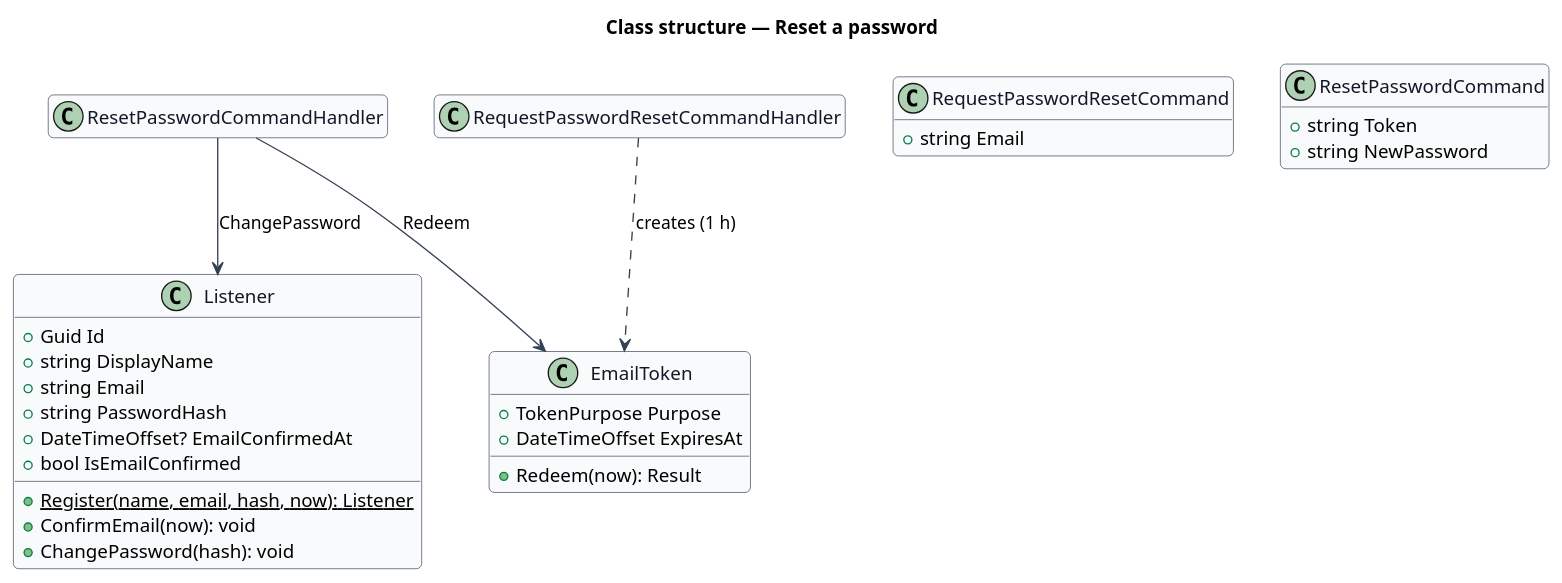
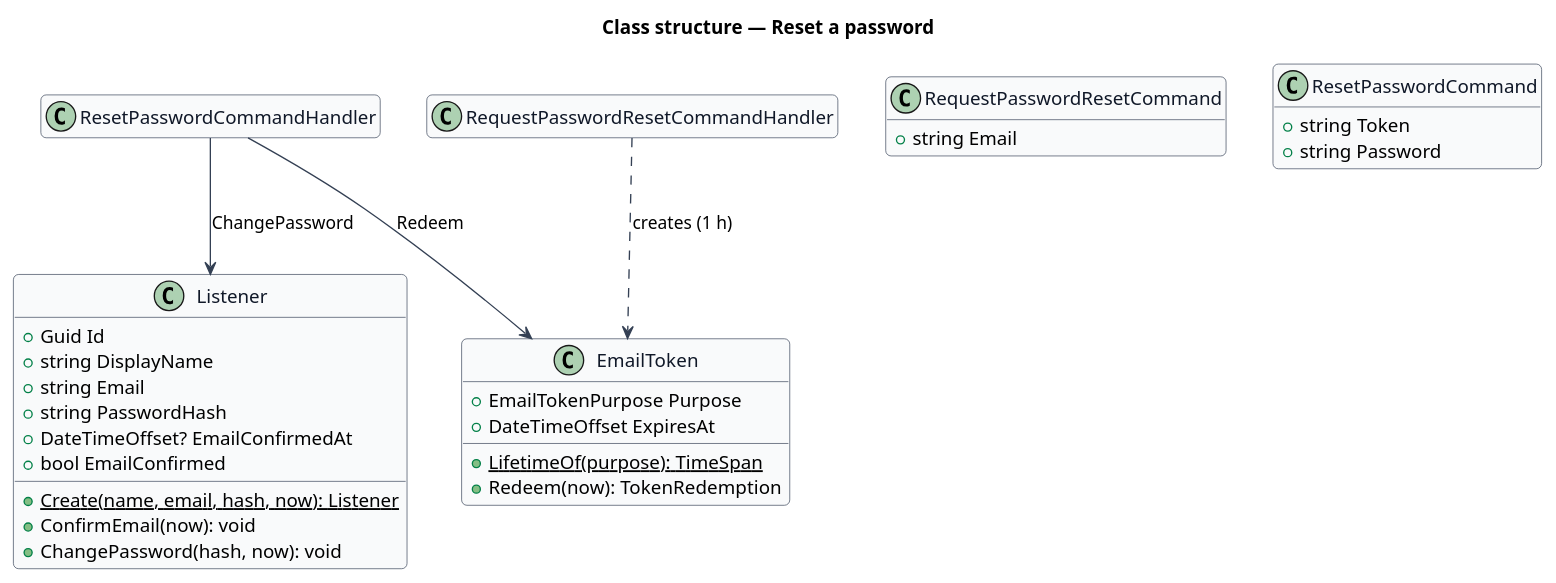
Before and after one commit to QuinntyneBrown/hummi: the diagram in docs/detailed-designs/accounts/reset-password/diagrams/class-structure.puml, drawn with PlantUML. The commit also changed 36 other files, not shown here.

```diff
--- a/docs/detailed-designs/accounts/reset-password/diagrams/class-structure.puml
+++ b/docs/detailed-designs/accounts/reset-password/diagrams/class-structure.puml
@@ -1,42 +1,43 @@
 @startuml
 skinparam backgroundColor #FFFFFF
 skinparam shadowing false
 skinparam roundcorner 8
 skinparam defaultFontName Arial
 skinparam ArrowColor #344054
 skinparam class {
   BorderColor #344054
   FontColor #101828
   BackgroundColor #F9FAFB
 }
 hide empty members
 title Class structure — Reset a password
 
 class Listener {
   +Guid Id
   +string DisplayName
   +string Email
   +string PasswordHash
   +DateTimeOffset? EmailConfirmedAt
-  +bool IsEmailConfirmed
-  +{static} Register(name, email, hash, now): Listener
+  +bool EmailConfirmed
+  +{static} Create(name, email, hash, now): Listener
   +ConfirmEmail(now): void
-  +ChangePassword(hash): void
+  +ChangePassword(hash, now): void
 }
 
 class RequestPasswordResetCommand {
   +string Email
 }
 class ResetPasswordCommand {
   +string Token
-  +string NewPassword
+  +string Password
 }
 class EmailToken {
-  +TokenPurpose Purpose
+  +EmailTokenPurpose Purpose
+  +{static} LifetimeOf(purpose): TimeSpan
   +DateTimeOffset ExpiresAt
-  +Redeem(now): Result
+  +Redeem(now): TokenRedemption
 }
 RequestPasswordResetCommandHandler ..> EmailToken : creates (1 h)
 ResetPasswordCommandHandler --> EmailToken : Redeem
 ResetPasswordCommandHandler --> Listener : ChangePassword
 @enduml
```
